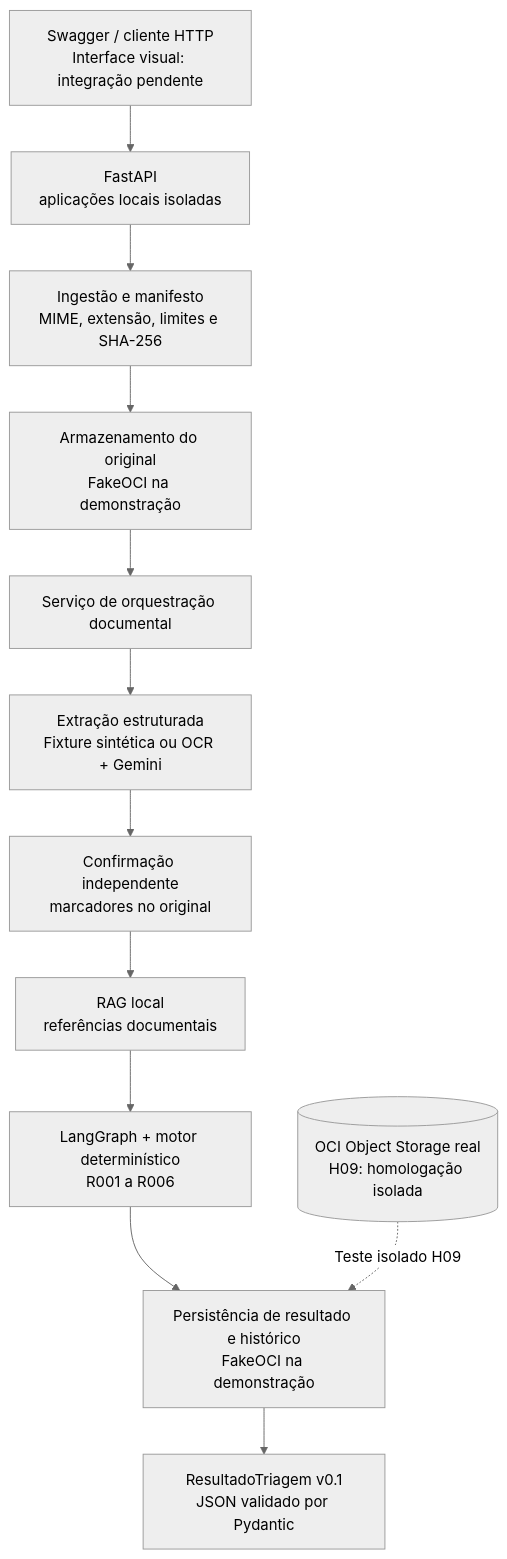
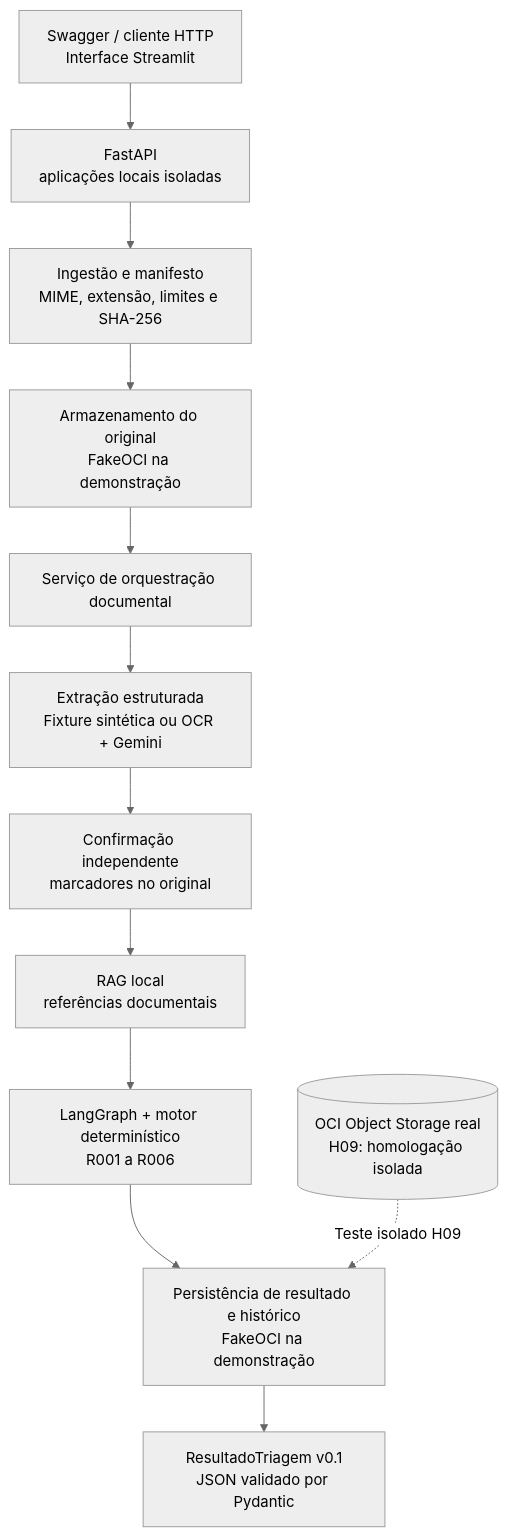
One commit to No-Country-simulation/G10-BRASIL-EQUIPO17 changed the first of 2 diagrams in README.md. Above: the diagram before and after it, drawn with Mermaid (neutral theme). The commit also changed other lines of this file and 17 other files, not shown here.

````diff
--- a/README.md
+++ b/README.md
@@ -53,14 +54,14 @@
 ```mermaid
 flowchart TB
-    CLI["Swagger / cliente HTTP<br/>Interface visual: integração pendente"] --> API["FastAPI<br/>aplicações locais isoladas"]
+    CLI["Swagger / cliente HTTP<br/>Interface Streamlit"] --> API["FastAPI<br/>aplicações locais isoladas"]
     API --> ING["Ingestão e manifesto<br/>MIME, extensão, limites e SHA-256"]
     ING --> STORAGE["Armazenamento do original<br/>FakeOCI na demonstração"]
     STORAGE --> ORCH["Serviço de orquestração documental"]
     ORCH --> EXTR["Extração estruturada<br/>Fixture sintética ou OCR + Gemini"]
     EXTR --> CONF["Confirmação independente<br/>marcadores no original"]
     CONF --> RAG["RAG local<br/>referências documentais"]
     RAG --> GRAPH["LangGraph + motor determinístico<br/>R001 a R006"]
     GRAPH --> PERSIST["Persistência de resultado e histórico<br/>FakeOCI na demonstração"]
     PERSIST --> JSON["ResultadoTriagem v0.1<br/>JSON validado por Pydantic"]
     OCI[("OCI Object Storage real<br/>H09: homologação isolada")] -.->|Teste isolado H09| PERSIST
 ```
````
